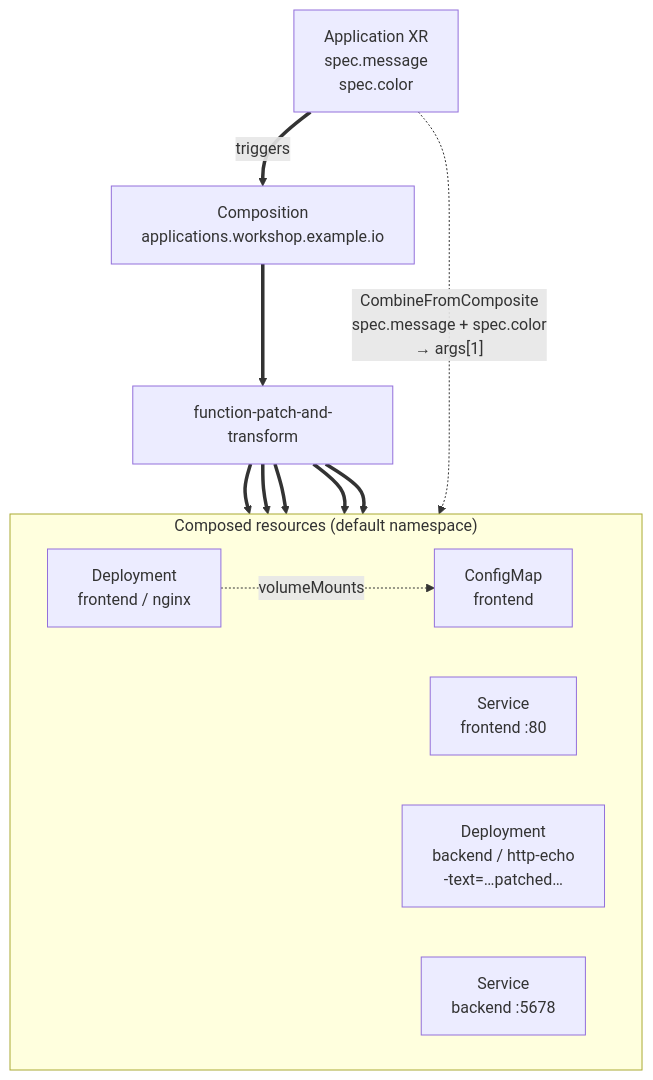
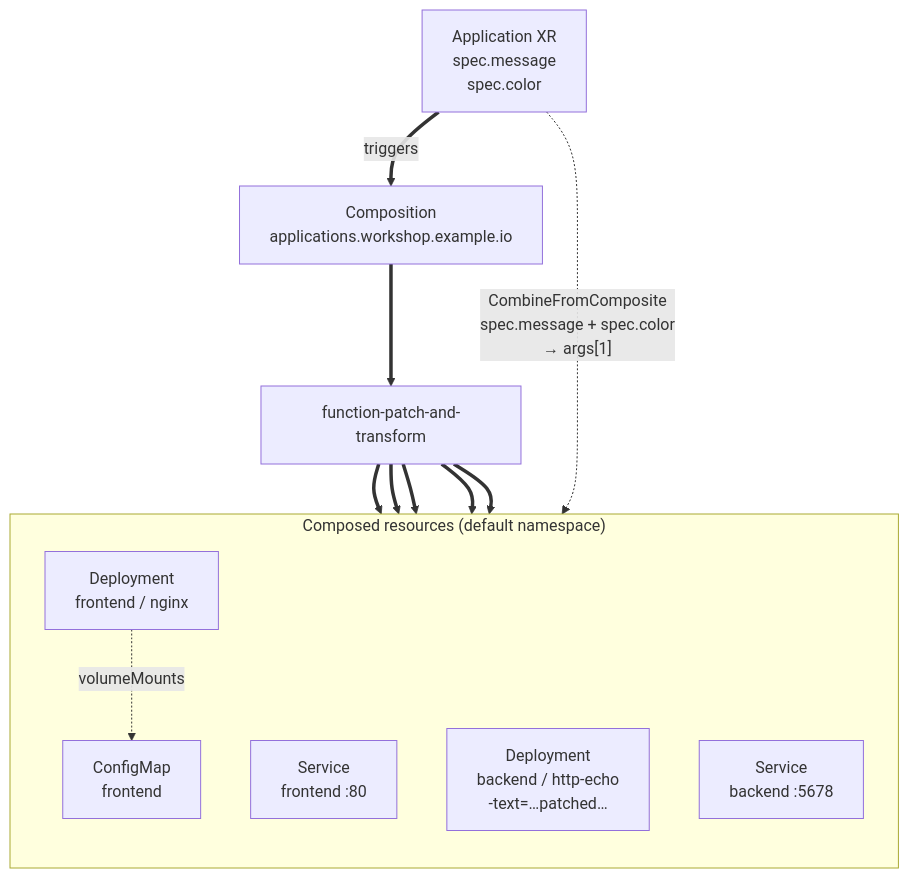
One commit to ricCap/crossplane-workshop changed the diagram in docs/docs/04-crossplane-101/03-define-application.mdx. Above: the diagram before and after it, drawn with Mermaid. The commit also changed 2 other files, not shown here.

Commit message:
docs(101): switch mermaid diagrams to vertical (flowchart TB)
Horizontal `flowchart LR` cramped text into a narrow band on most viewports
and read small. Switched modules 02 and 05 from `LR` to `TB`, and module
03's inner subgraph from `direction LR` to `direction TB`, so the
diagrams now use the column width and read at full size.

````diff
--- a/docs/docs/04-crossplane-101/03-define-application.mdx
+++ b/docs/docs/04-crossplane-101/03-define-application.mdx
@@ -108,20 +108,20 @@
 ```mermaid
 flowchart TB
   xr["Application XR<br/>spec.message<br/>spec.color"]
   comp["Composition<br/>applications.workshop.example.io"]
   fn["function-patch-and-transform"]
 
   subgraph composed["Composed resources (default namespace)"]
-    direction LR
+    direction TB
     fcm["ConfigMap<br/>frontend"]
     fd["Deployment<br/>frontend / nginx"]
     fs["Service<br/>frontend :80"]
     bd["Deployment<br/>backend / http-echo<br/>-text=…patched…"]
     bs["Service<br/>backend :5678"]
   end
 
   xr == "triggers" ==> comp ==> fn
   fn ==> fcm & fd & fs & bd & bs
   xr -. "CombineFromComposite<br/>spec.message + spec.color<br/>→ args[1]" .-> bd
   fd -. "volumeMounts" .-> fcm
 ```
````
